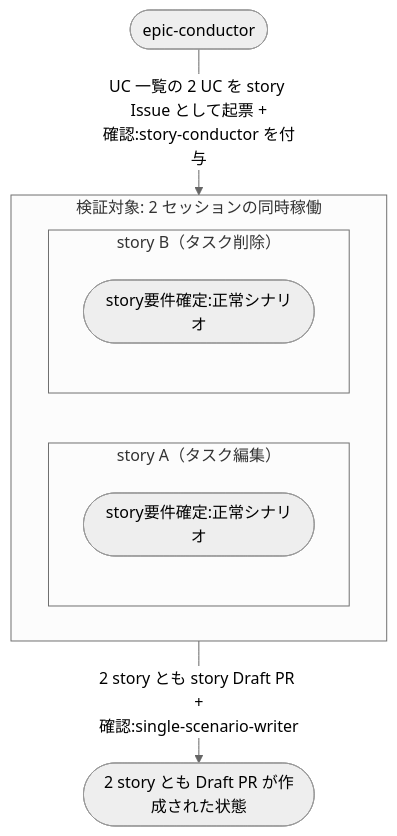
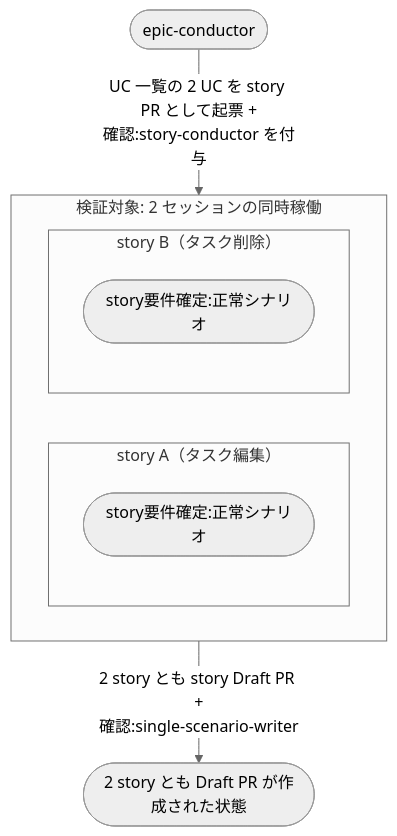
Before and after one commit to shuhei1101/ai-monitor: the diagram in docs/wiki/設計図/シナリオ/複合ユースケース/複数storyの並列進行.md, drawn with Mermaid (neutral theme). The commit also changed other lines of this file and 256 other files, not shown here.

````diff
--- a/docs/wiki/設計図/シナリオ/複合ユースケース/複数storyの並列進行.md
+++ b/docs/wiki/設計図/シナリオ/複合ユースケース/複数storyの並列進行.md
@@ -24,18 +24,18 @@
 ```mermaid
 flowchart TD
-  A0([epic-conductor]) -->|UC 一覧の 2 UC を story Issue として起票 +<br>確認:story-conductor を付与| FOCUS
+  A0([epic-conductor]) -->|UC 一覧の 2 UC を story PR として起票 +<br>確認:story-conductor を付与| FOCUS
 
   subgraph FOCUS["検証対象: 2 セッションの同時稼働"]
     subgraph PHASE1["story A（タスク編集）"]
       UC1([story要件確定:正常シナリオ])
     end
     subgraph PHASE2["story B（タスク削除）"]
       UC2([story要件確定:正常シナリオ])
     end
   end
 
   FOCUS -->|2 story とも story Draft PR +<br>確認:single-scenario-writer| DONE([2 story とも Draft PR が作成された状態])
 
   click UC1 "../単一ユースケース/story要件確定.md#正常シナリオ"
   click UC2 "../単一ユースケース/story要件確定.md#正常シナリオ"
 ```
````
